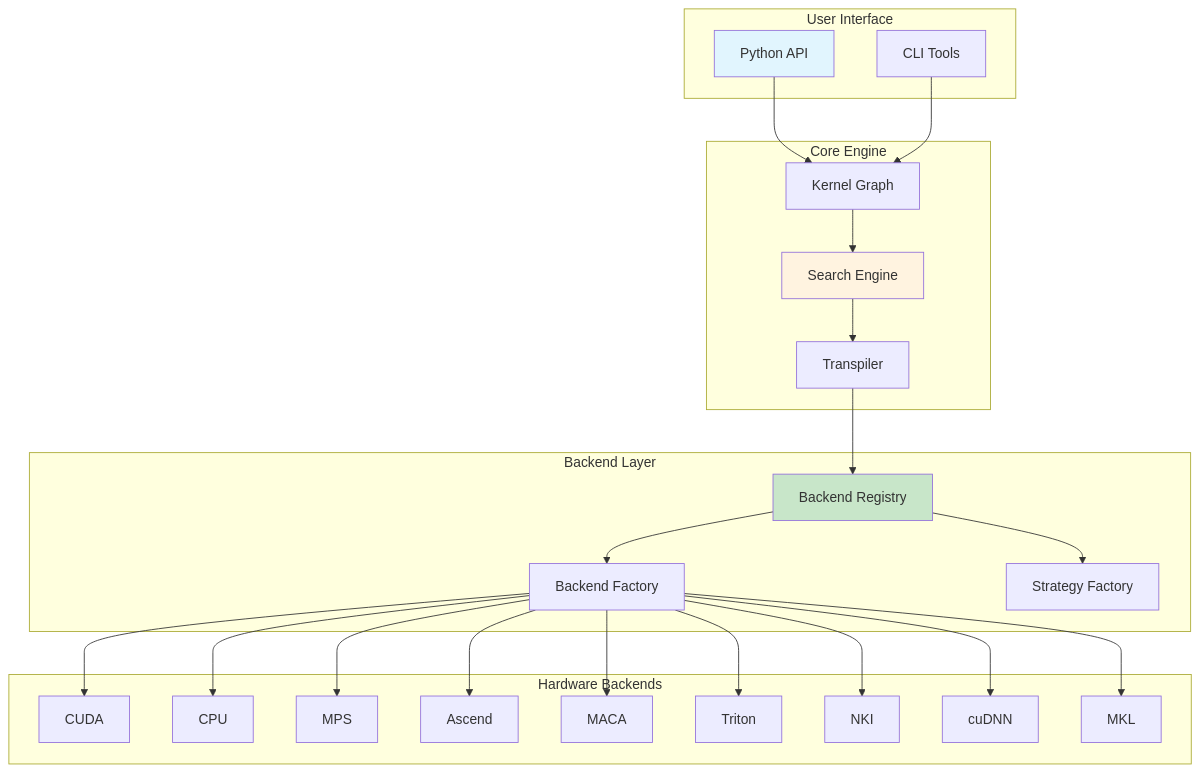
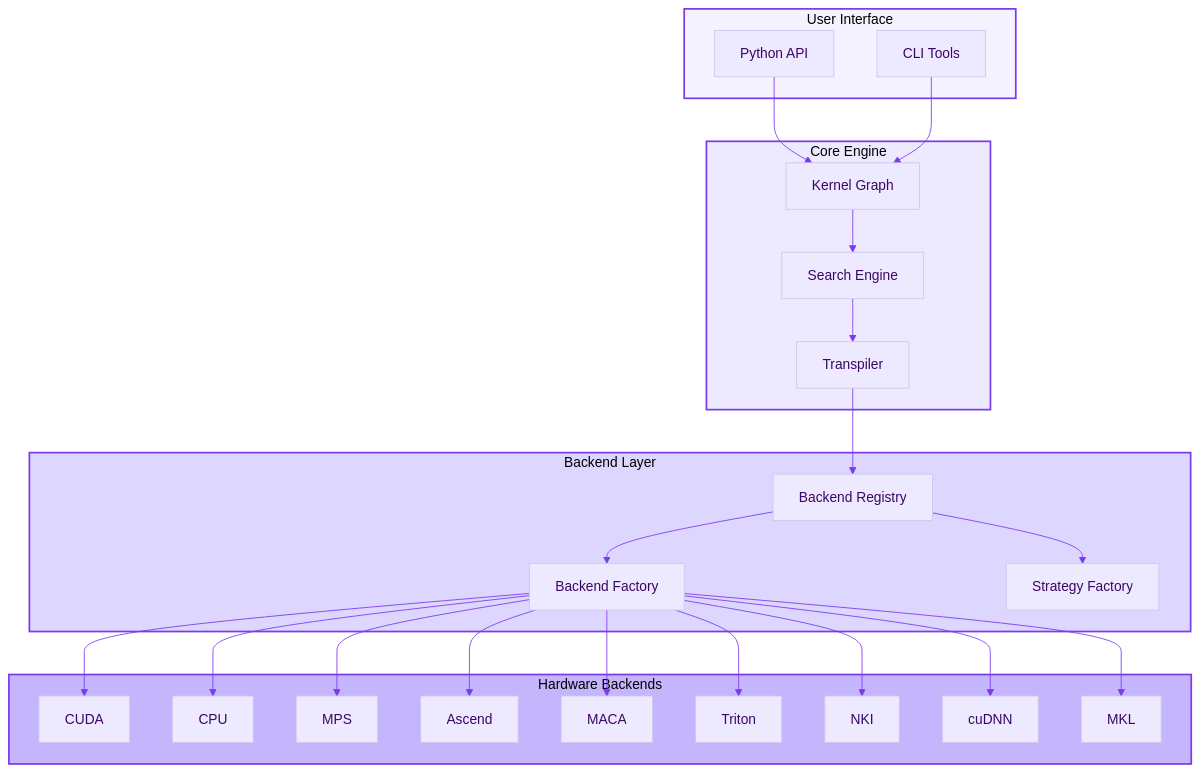
The first of 13 diagrams in docs/architecture.md (chenxingqiang/YiRage), drawn with Mermaid before and after one commit. The commit also changed other lines of this file and 9 other files, not shown here.

First line of the commit message:
style: unify Mermaid diagrams to minimal purple theme

````diff
--- a/docs/architecture.md
+++ b/docs/architecture.md
@@ -7,42 +7,44 @@
 ```mermaid
+%%{init: {'theme': 'base', 'themeVariables': { 'primaryColor': '#ede9fe', 'primaryTextColor': '#3b0764', 'lineColor': '#7c3aed'}}}%%
 graph TB
-    subgraph "User Interface"
+    subgraph UI["User Interface"]
         A[Python API]
         B[CLI Tools]
     end
 
-    subgraph "Core Engine"
+    subgraph CORE["Core Engine"]
         C[Kernel Graph]
         D[Search Engine]
         E[Transpiler]
     end
 
-    subgraph "Backend Layer"
+    subgraph BACKEND["Backend Layer"]
         F[Backend Registry]
         G[Backend Factory]
         H[Strategy Factory]
     end
 
-    subgraph "Hardware Backends"
+    subgraph HW["Hardware Backends"]
         I[CUDA]
         J[CPU]
         K[MPS]
         L[Ascend]
         M[MACA]
         N[Triton]
         O[NKI]
         P[cuDNN]
         Q[MKL]
     end
 
     A --> C
     B --> C
     C --> D --> E
     E --> F
     F --> G --> I & J & K & L & M & N & O & P & Q
     F --> H
 
-    style A fill:#e1f5fe
-    style D fill:#fff3e0
-    style F fill:#c8e6c9
+    style UI fill:#f5f3ff,stroke:#7c3aed,stroke-width:2px
+    style CORE fill:#ede9fe,stroke:#7c3aed,stroke-width:2px
+    style BACKEND fill:#ddd6fe,stroke:#7c3aed,stroke-width:2px
+    style HW fill:#c4b5fd,stroke:#7c3aed,stroke-width:2px
 ```
````
